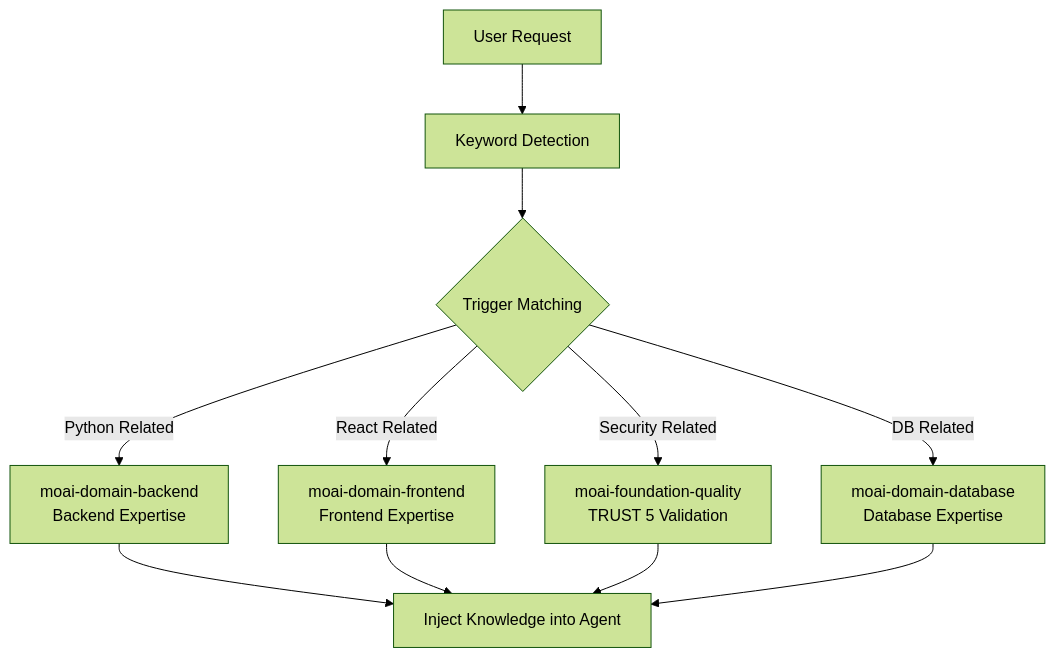
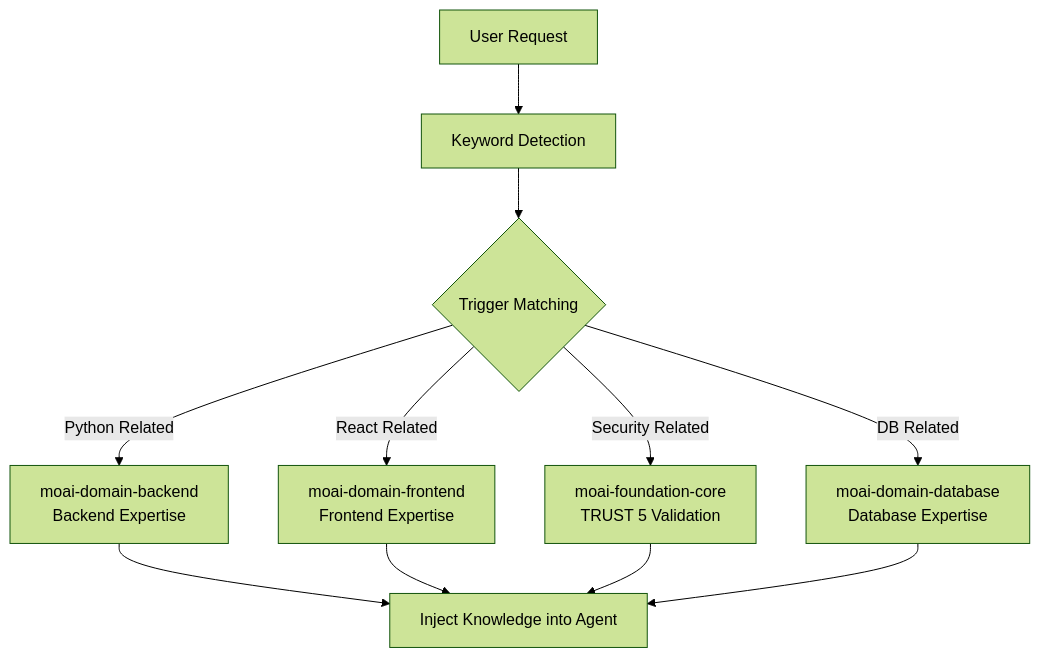
One commit to modu-ai/moai-adk changed the first of 4 diagrams in docs-site/content/en/advanced/skill-guide.md. Above: the diagram before and after it, drawn with Mermaid (forest theme). The commit also changed other lines of this file and 4 other files, not shown here.

````diff
--- a/docs-site/content/en/advanced/skill-guide.md
+++ b/docs-site/content/en/advanced/skill-guide.md
@@ -45,14 +37,14 @@
 ```mermaid
 flowchart TD
     USER[User Request] --> DETECT[Keyword Detection]
     DETECT --> TRIGGER{Trigger Matching}
     TRIGGER -->|Python Related| PY["moai-domain-backend<br>Backend Expertise"]
     TRIGGER -->|React Related| FE["moai-domain-frontend<br>Frontend Expertise"]
-    TRIGGER -->|Security Related| SEC["moai-foundation-quality<br>TRUST 5 Validation"]
+    TRIGGER -->|Security Related| SEC["moai-foundation-core<br>TRUST 5 Validation"]
     TRIGGER -->|DB Related| DB["moai-domain-database<br>Database Expertise"]
 
     PY --> AGENT[Inject Knowledge into Agent]
     FE --> AGENT
     SEC --> AGENT
     DB --> AGENT
 ```
````
